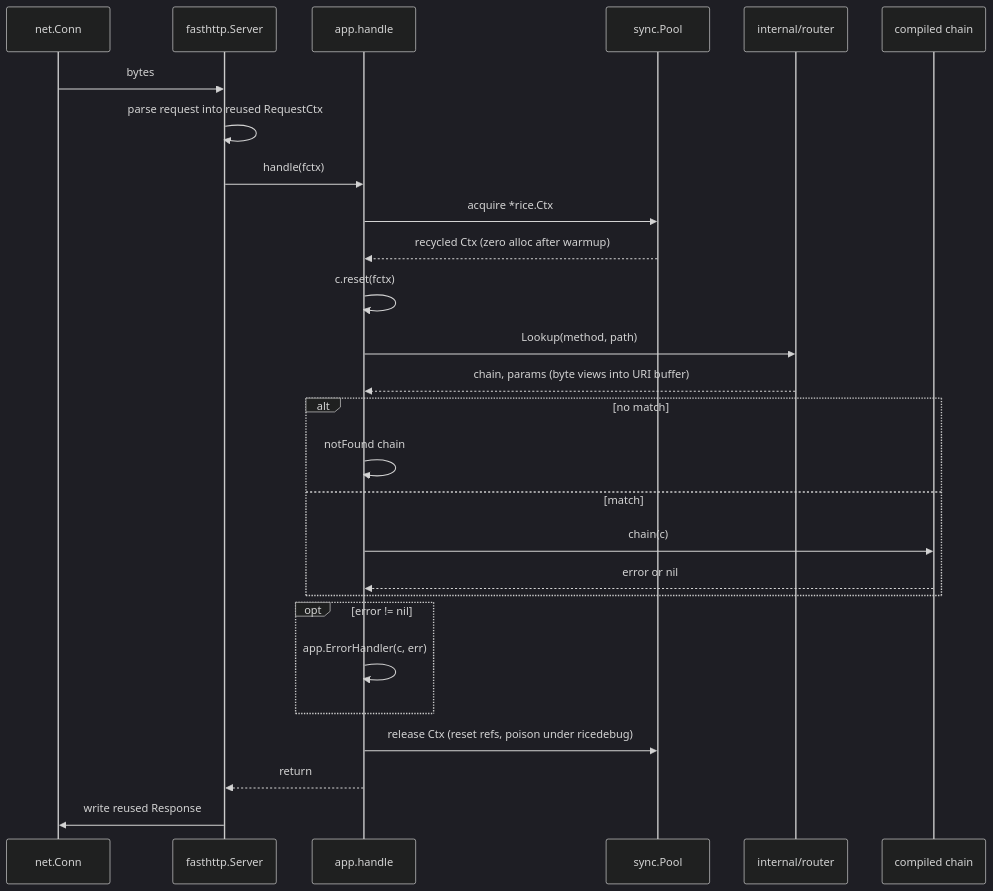
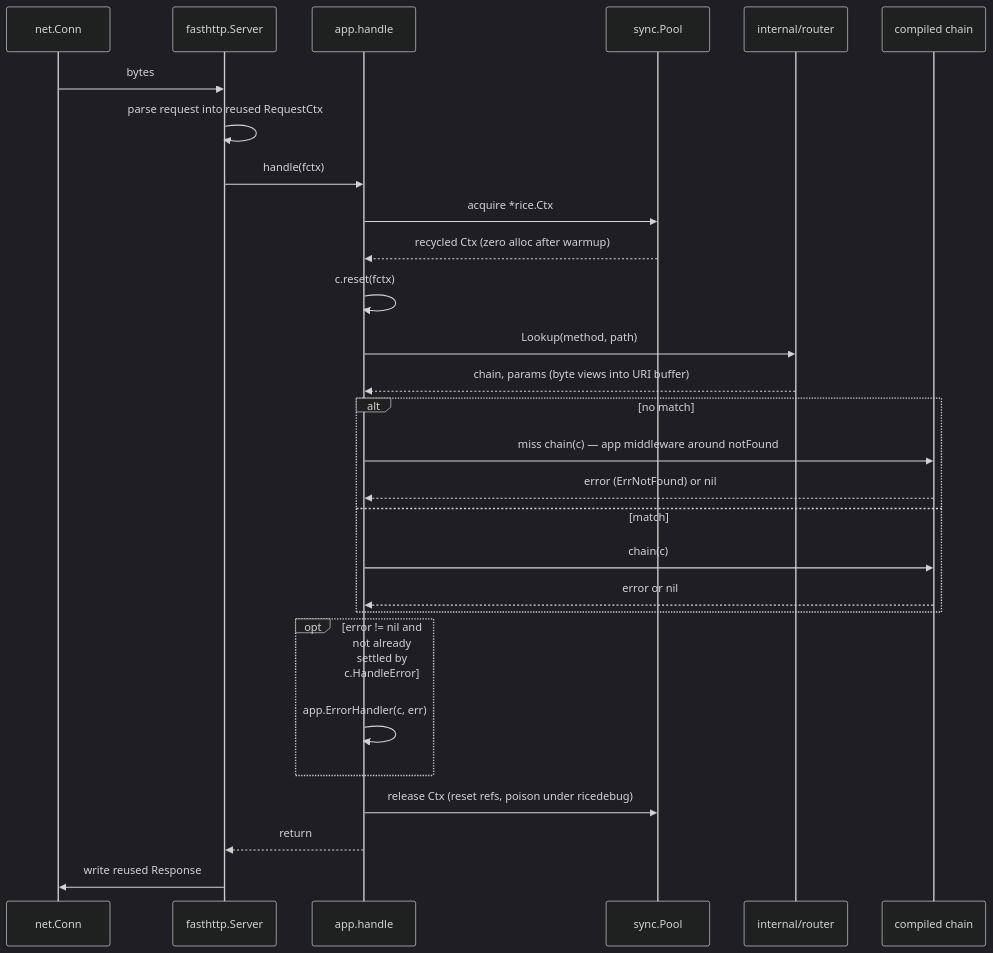
Before and after one commit to vietpham102301/rice-http: the second of 2 diagrams in docs/02-architecture.md, drawn with Mermaid (dark theme). The commit also changed other lines of this file and 10 other files, not shown here.

````diff
--- a/docs/02-architecture.md
+++ b/docs/02-architecture.md
@@ -123,30 +129,31 @@
 ```mermaid
 sequenceDiagram
     participant N as net.Conn
     participant F as fasthttp.Server
     participant A as app.handle
     participant P as sync.Pool
     participant R as internal/router
     participant H as compiled chain
 
     N->>F: bytes
     F->>F: parse request into reused RequestCtx
     F->>A: handle(fctx)
     A->>P: acquire *rice.Ctx
     P-->>A: recycled Ctx (zero alloc after warmup)
     A->>A: c.reset(fctx)
     A->>R: Lookup(method, path)
     R-->>A: chain, params (byte views into URI buffer)
     alt no match
-        A->>A: notFound chain
+        A->>H: miss chain(c) — app middleware around notFound
+        H-->>A: error (ErrNotFound) or nil
     else match
         A->>H: chain(c)
         H-->>A: error or nil
     end
-    opt error != nil
+    opt error != nil and not already settled by c.HandleError
         A->>A: app.ErrorHandler(c, err)
     end
     A->>P: release Ctx (reset refs, poison under ricedebug)
     A-->>F: return
     F->>N: write reused Response
 ```
````
